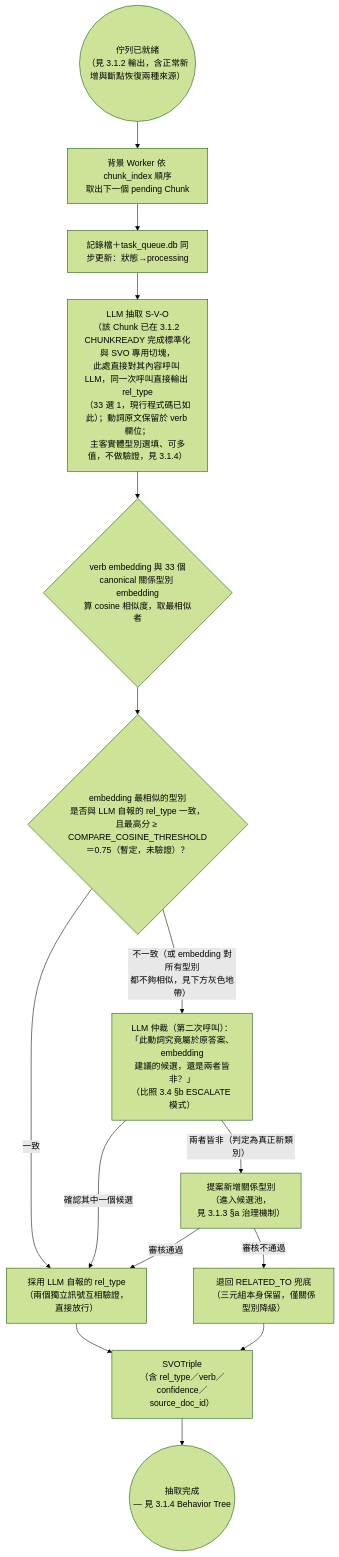
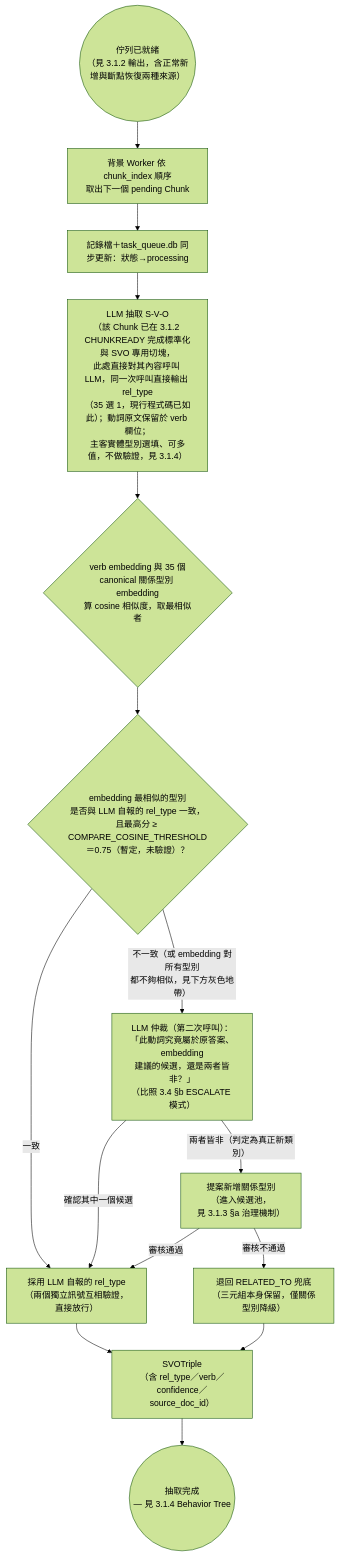
Before and after one commit to Chester930/world-knowledge-graph-rag: the fifth of 18 diagrams in docs/論文/03_系統設計與方法論.md, drawn with Mermaid (forest theme). The commit also changed other lines of this file and 8 other files, not shown here.

First line of the commit message:
feat(svo): SVO_REL_TYPES 因 ConceptNet 官方新增關係，由 33 個訂正為 35 個

````diff
--- a/docs/論文/03_系統設計與方法論.md
+++ b/docs/論文/03_系統設計與方法論.md
@@ -241,17 +241,17 @@
 ```mermaid
 flowchart TD
     READY2(("佇列已就緒<br/>（見 3.1.2 輸出，含正常新增與斷點恢復兩種來源）")) --> WORKER["背景 Worker 依 chunk_index 順序<br/>取出下一個 pending Chunk"]
     WORKER --> PROC["記錄檔＋task_queue.db 同步更新：狀態→processing"]
-    PROC --> LLM_SVO["LLM 抽取 S-V-O<br/>（該 Chunk 已在 3.1.2 CHUNKREADY 完成標準化與 SVO 專用切塊，<br/>此處直接對其內容呼叫 LLM，同一次呼叫直接輸出 rel_type<br/>（33 選 1，現行程式碼已如此）；動詞原文保留於 verb 欄位；<br/>主客實體型別選填、可多值，不做驗證，見 3.1.4）"]
-    LLM_SVO --> SIM{"verb embedding 與 33 個<br/>canonical 關係型別 embedding<br/>算 cosine 相似度，取最相似者"}
+    PROC --> LLM_SVO["LLM 抽取 S-V-O<br/>（該 Chunk 已在 3.1.2 CHUNKREADY 完成標準化與 SVO 專用切塊，<br/>此處直接對其內容呼叫 LLM，同一次呼叫直接輸出 rel_type<br/>（35 選 1，現行程式碼已如此）；動詞原文保留於 verb 欄位；<br/>主客實體型別選填、可多值，不做驗證，見 3.1.4）"]
+    LLM_SVO --> SIM{"verb embedding 與 35 個<br/>canonical 關係型別 embedding<br/>算 cosine 相似度，取最相似者"}
     SIM --> COMPARE{"embedding 最相似的型別<br/>是否與 LLM 自報的 rel_type 一致，<br/>且最高分 ≥ COMPARE_COSINE_THRESHOLD＝0.75（暫定，未驗證）？"}
     COMPARE -->|一致| ASSIGN["採用 LLM 自報的 rel_type<br/>（兩個獨立訊號互相驗證，直接放行）"]
     COMPARE -->|"不一致（或 embedding 對所有型別\n都不夠相似，見下方灰色地帶）"| ESCALATE3["LLM 仲裁（第二次呼叫）：<br/>「此動詞究竟屬於原答案、embedding<br/>建議的候選，還是兩者皆非？」<br/>（比照 3.4 §b ESCALATE 模式）"]
     ESCALATE3 -->|確認其中一個候選| ASSIGN
     ESCALATE3 -->|"兩者皆非（判定為真正新類別）"| EXPAND["提案新增關係型別<br/>（進入候選池，<br/>見 3.1.3 §a 治理機制）"]
     EXPAND -->|審核不通過| REJECT["退回 RELATED_TO 兜底<br/>（三元組本身保留，僅關係型別降級）"]
     EXPAND -->|審核通過| ASSIGN
     ASSIGN --> TRIPLE["SVOTriple<br/>（含 rel_type／verb／confidence／source_doc_id）"]
     REJECT --> TRIPLE
     TRIPLE --> HANDOFF3(("抽取完成<br/>— 見 3.1.4 Behavior Tree"))
 ```
````
